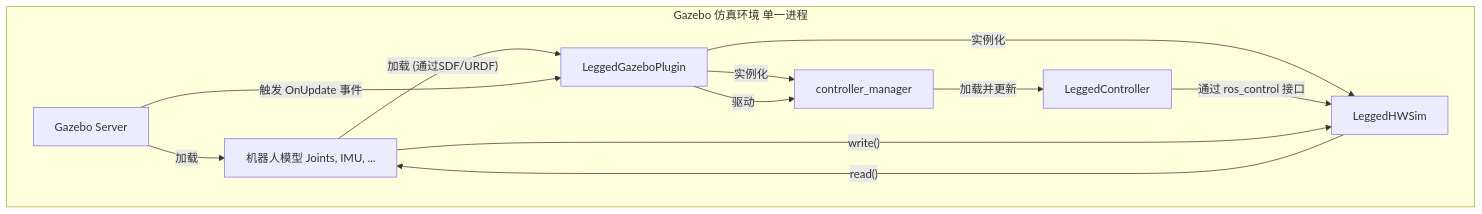
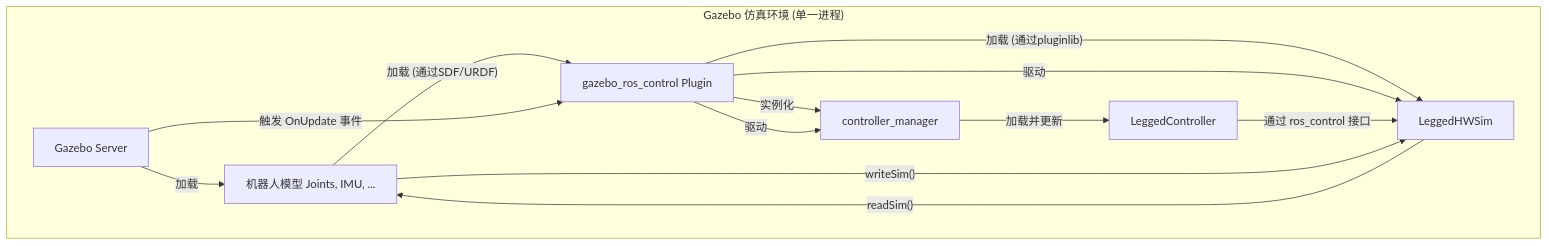
Before and after one commit to yongqingzs/legged_control: the diagram in docs/legged_gazebo.md, drawn with Mermaid. The commit also changed other lines of this file and 1 other file, not shown here.

Commit message:
fix: legged_gazebo.md error.

````diff
--- a/docs/legged_gazebo.md
+++ b/docs/legged_gazebo.md
@@ -21,25 +21,28 @@
 ```mermaid
 graph TD
-    subgraph "Gazebo 仿真环境 单一进程"
+    subgraph "Gazebo 仿真环境 (单一进程)"
         G[Gazebo Server]
-        P[LeggedGazeboPlugin]
+        P[gazebo_ros_control Plugin]
         H[LeggedHWSim]
         CM[controller_manager]
         LC[LeggedController]
         M[机器人模型 Joints, IMU, ...]
     end
 
     G -- "加载" --> M
     M -- "加载 (通过SDF/URDF)" --> P
-    P -- "实例化" --> H
+
+    P -- "加载 (通过pluginlib)" --> H
     P -- "实例化" --> CM
 
     G -- "触发 OnUpdate 事件" --> P
 
     P -- "驱动" --> CM
+    P -- "驱动" --> H
+
     CM -- "加载并更新" --> LC
     LC -- "通过 ros_control 接口" --> H
 
-    H -- "read()" --> M
-    M -- "write()" --> H
+    H -- "readSim()" --> M
+    M -- "writeSim()" --> H
 ```
````
